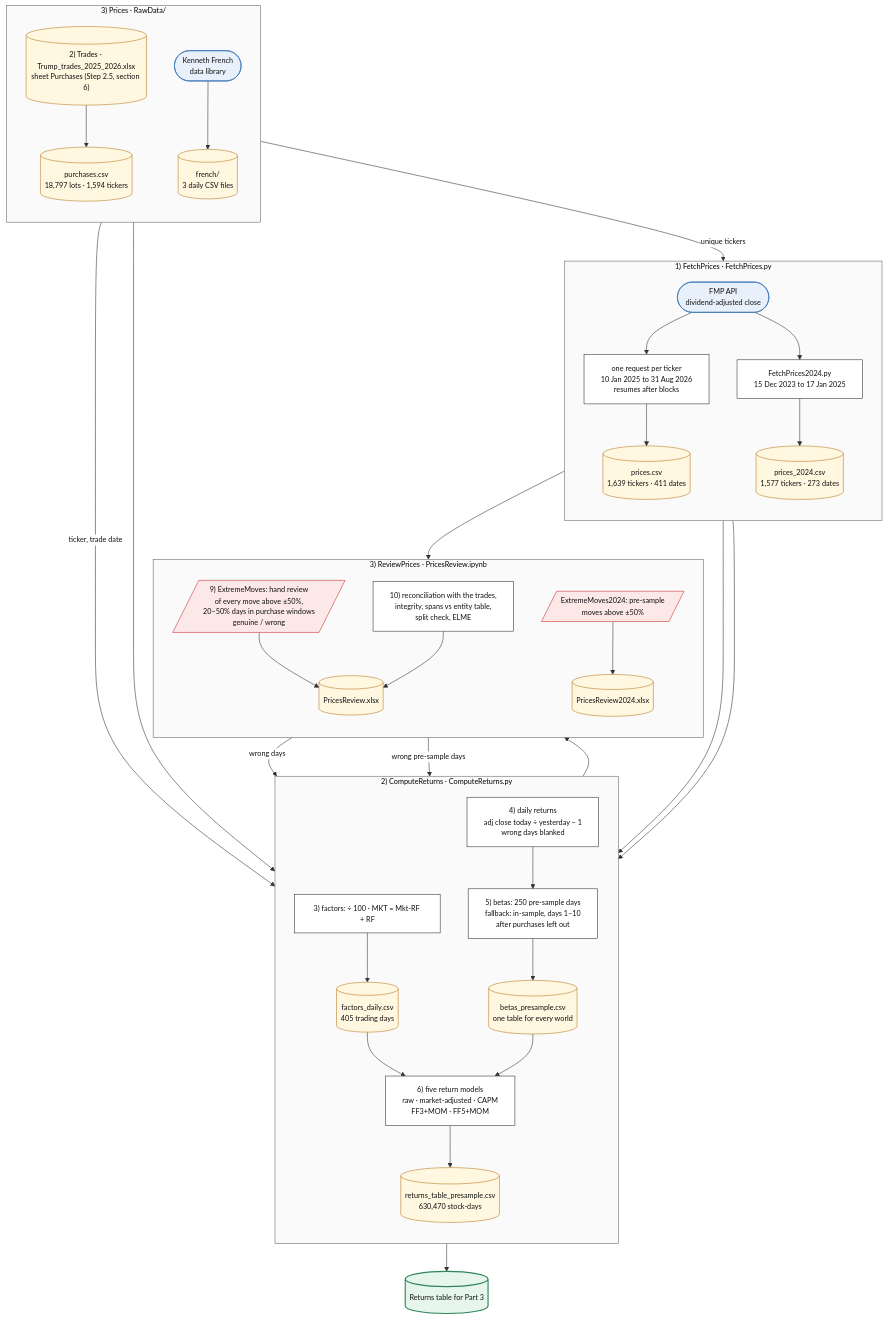
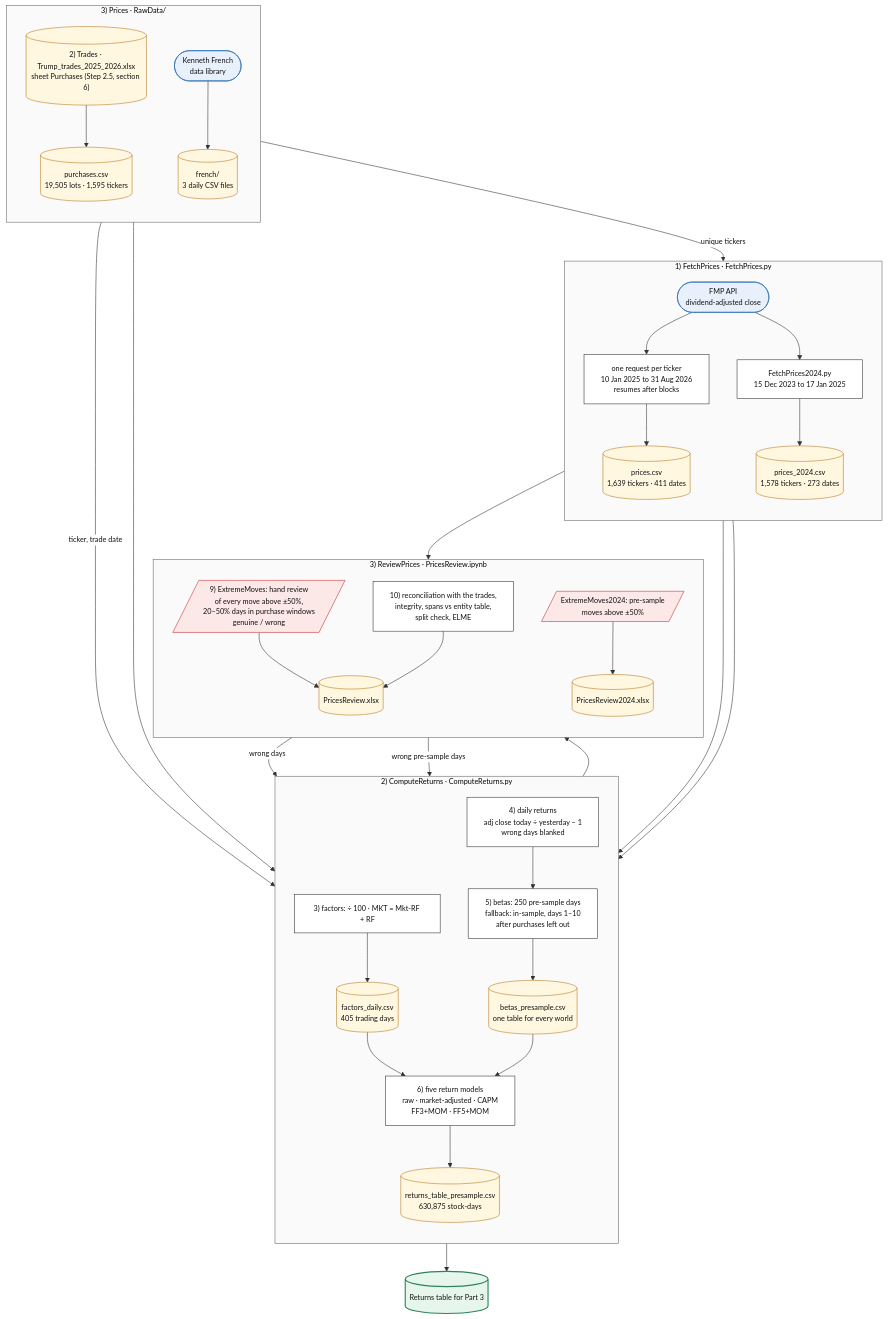
One commit to Steven-McQueen/MasterDataHandling changed the first of 3 diagrams in README.md. Above: the diagram before and after it, drawn with Mermaid. The commit also changed other lines of this file and 1 other file, not shown here.

````diff
--- a/README.md
+++ b/README.md
@@ -713,69 +713,69 @@
 ```mermaid
 %%{init: {"theme": "base", "themeVariables": {"primaryColor": "#ffffff", "primaryTextColor": "#111111", "primaryBorderColor": "#333333", "lineColor": "#333333", "clusterBkg": "#fafafa", "clusterBorder": "#666666", "fontFamily": "Arial, Helvetica, sans-serif", "fontSize": "13px"}}}%%
 flowchart TD
     classDef src fill:#e8f1fb,stroke:#2b6cb0
     classDef data fill:#fff7e0,stroke:#b7791f
     classDef script fill:#ffffff,stroke:#333333
     classDef manual fill:#fde8e8,stroke:#c53030
     classDef result fill:#e6f6ec,stroke:#2f855a,stroke-width:2px
 
     subgraph S0 ["3) Prices · RawData/"]
         direction TB
         trades[("2) Trades · Trump_trades_2025_2026.xlsx<br/>sheet Purchases (Step 2.5, section 6)")]:::data
-        purch[("purchases.csv<br/>18,797 lots · 1,594 tickers")]:::data
+        purch[("purchases.csv<br/>19,505 lots · 1,595 tickers")]:::data
         srcFF(["Kenneth French<br/>data library"]):::src
         french[("french/<br/>3 daily CSV files")]:::data
         trades --> purch
         srcFF --> french
     end
 
     subgraph S1 ["1) FetchPrices · FetchPrices.py"]
         direction TB
         srcFMP(["FMP API<br/>dividend-adjusted close"]):::src
         fetch["one request per ticker<br/>10 Jan 2025 to 31 Aug 2026<br/>resumes after blocks"]:::script
         prices[("prices.csv<br/>1,639 tickers · 411 dates")]:::data
         fetch24["FetchPrices2024.py<br/>15 Dec 2023 to 17 Jan 2025"]:::script
-        prices24[("prices_2024.csv<br/>1,577 tickers · 273 dates")]:::data
+        prices24[("prices_2024.csv<br/>1,578 tickers · 273 dates")]:::data
         srcFMP --> fetch --> prices
         srcFMP --> fetch24 --> prices24
     end
 
     subgraph S2 ["2) ComputeReturns · ComputeReturns.py"]
         direction TB
         build["3) factors: ÷ 100 · MKT = Mkt-RF + RF"]:::script
         factors[("factors_daily.csv<br/>405 trading days")]:::data
         ret["4) daily returns<br/>adj close today ÷ yesterday − 1<br/>wrong days blanked"]:::script
         mask["5) betas: 250 pre-sample days<br/>fallback: in-sample, days 1–10<br/>after purchases left out"]:::script
         est[("betas_presample.csv<br/>one table for every world")]:::data
         models["6) five return models<br/>raw · market-adjusted · CAPM<br/>FF3+MOM · FF5+MOM"]:::script
-        table[("returns_table_presample.csv<br/>630,470 stock-days")]:::data
+        table[("returns_table_presample.csv<br/>630,875 stock-days")]:::data
         build --> factors --> models
         ret --> mask --> est --> models
         models --> table
     end
 
     subgraph S3 ["3) ReviewPrices · PricesReview.ipynb"]
         direction TB
         review[/"9) ExtremeMoves: hand review<br/>of every move above ±50%,<br/>20–50% days in purchase windows<br/>genuine / wrong"/]:::manual
         check["10) reconciliation with the trades,<br/>integrity, spans vs entity table,<br/>split check, ELME"]:::script
         rev[("PricesReview.xlsx")]:::data
         review24[/"ExtremeMoves2024: pre-sample<br/>moves above ±50%"/]:::manual
         rev24[("PricesReview2024.xlsx")]:::data
         review --> rev
         check --> rev
         review24 --> rev24
     end
 
     final[("Returns table for Part 3")]:::result
 
     purch -- "unique tickers" --> fetch
     purch -- "ticker, trade date" --> mask
     french --> build
     prices --> ret
     prices24 --> ret
     rev -- "wrong days" --> ret
     rev24 -- "wrong pre-sample days" --> ret
     table --> check
     prices --> check
     table --> final
 ```
````
